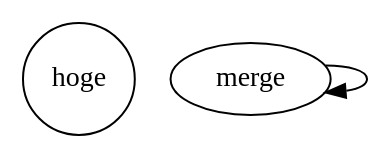
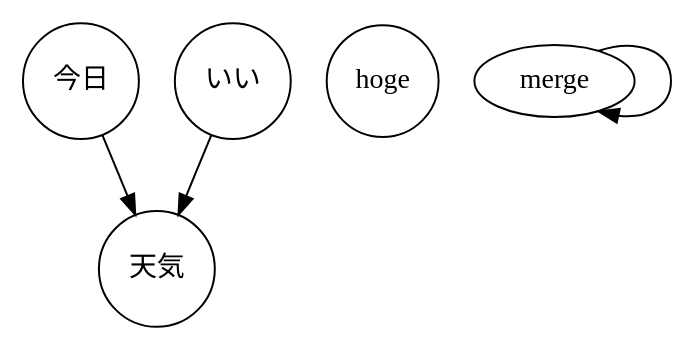
Before and after one commit to d0iasm/graph-docs: the diagram in dest/old.dot, drawn with Graphviz. The commit also changed 5 other files, not shown here.

Commit message:
Create a graphviz image from a dot file in s3

```diff
--- a/dest/old.dot
+++ b/dest/old.dot
@@ -1,8 +1,8 @@
 digraph root {
-	graph [bb="0,0,158.15,56"];
+	graph [bb="0,0,310.15,152"];
 	node [label="\N"];
 	subgraph root {
-		graph [bb="0,0,158.15,56"];
+		graph [bb="0,0,310.15,152"];
 		node [height="",
 			label="\N",
 			pos="",
@@ -11,7 +11,7 @@
 		];
 		edge [pos=""];
 		subgraph root {
-			graph [bb="0,0,158.15,56"];
+			graph [bb="0,0,310.15,152"];
 			node [height="",
 				label="\N",
 				pos="",
@@ -20,7 +20,7 @@
 			];
 			edge [pos=""];
 			subgraph root {
-				graph [bb="0,0,158.15,56"];
+				graph [bb="0,0,310.39,152.99"];
 				node [height="",
 					label="\N",
 					pos="",
@@ -28,6 +28,33 @@
 					width=""
 				];
 				edge [pos=""];
+				{
+					graph [bb="0,0,310.39,152.99"];
+					node [height="",
+						label="\N",
+						pos="",
+						shape=circle,
+						width=""
+					];
+					edge [pos=""];
+					今日					 [height=0.80556,
+						label=今日,
+						pos="29,123",
+						shape=circle,
+						width=0.80556];
+					天気					 [height=0.80556,
+						label=天気,
+						pos="67,29",
+						shape=circle,
+						width=0.80556];
+					今日 -> 天気					 [pos="e,56.185,56.183 39.788,95.883 43.679,86.462 48.139,75.664 52.307,65.573"];
+					いい					 [height=0.80556,
+						label=いい,
+						pos="105,123",
+						shape=circle,
+						width=0.80556];
+					いい -> 天気					 [pos="e,77.815,56.183 94.212,95.883 90.321,86.462 85.861,75.664 81.693,65.573"];
+				}
 				subgraph root {
 					graph [bb="0,0,158.15,56"];
 					node [height="",
@@ -74,7 +101,7 @@
 									];
 									edge [pos=""];
 									subgraph root {
-										graph [bb="0,0,158.09,55.895"];
+										graph [bb="0,0,158.15,56"];
 										node [height="",
 											label="\N",
 											pos="",
@@ -82,23 +109,8 @@
 											width=""
 										];
 										edge [pos=""];
-										{
-											graph [bb="0,0,158.09,55.895"];
-											node [height="",
-												label="\N",
-												pos="",
-												shape=circle,
-												width=""
-											];
-											edge [pos=""];
-											hoge											 [height=0.77778,
-												label=hoge,
-												pos="28,28",
-												shape=circle,
-												width=0.77778];
-										}
 										subgraph root {
-											graph [bb="0,0,84.294,36"];
+											graph [bb="0,0,158.15,56"];
 											node [height="",
 												label="\N",
 												pos="",
@@ -107,7 +119,7 @@
 											];
 											edge [pos=""];
 											subgraph root {
-												graph [bb="0,0,84.294,36"];
+												graph [bb="0,0,158.15,56"];
 												node [height="",
 													label="\N",
 													pos="",
@@ -116,7 +128,7 @@
 												];
 												edge [pos=""];
 												subgraph root {
-													graph [bb="0,0,84.294,36"];
+													graph [bb="0,0,158.15,56"];
 													node [height="",
 														label="\N",
 														pos="",
@@ -124,10 +136,65 @@
 														width=""
 													];
 													edge [pos=""];
-													merge													 [height=0.5,
-														pos="107,28",
-														width=0.92075];
-													merge -> merge													 [pos="e,137.96,21.257 137.96,34.743 149.08,34.888 158.15,32.641 158.15,28 158.15,24.882 154.05,22.844 148,21.887"];
+													subgraph root {
+														graph [bb="0,0,158.09,55.895"];
+														node [height="",
+															label="\N",
+															pos="",
+															shape="",
+															width=""
+														];
+														edge [pos=""];
+														{
+															graph [bb="0,0,158.09,55.895"];
+															node [height="",
+																label="\N",
+																pos="",
+																shape=circle,
+																width=""
+															];
+															edge [pos=""];
+															hoge															 [height=0.77778,
+																label=hoge,
+																pos="180,123",
+																shape=circle,
+																width=0.77778];
+														}
+														subgraph root {
+															graph [bb="0,0,84.294,36"];
+															node [height="",
+																label="\N",
+																pos="",
+																shape="",
+																width=""
+															];
+															edge [pos=""];
+															subgraph root {
+																graph [bb="0,0,84.294,36"];
+																node [height="",
+																	label="\N",
+																	pos="",
+																	shape="",
+																	width=""
+																];
+																edge [pos=""];
+																subgraph root {
+																	graph [bb="0,0,84.294,36"];
+																	node [height="",
+																		label="\N",
+																		pos="",
+																		shape="",
+																		width=""
+																	];
+																	edge [pos=""];
+																	merge																	 [height=0.5,
+																		pos="259,123",
+																		width=0.92075];
+																	merge -> merge																	 [pos="e,277.89,108.06 277.89,137.94 293.66,144.32 310.15,139.34 310.15,123 310.15,110.11 299.88,104.29 287.8,105.54"];
+																}
+															}
+														}
+													}
 												}
 											}
 										}
```
